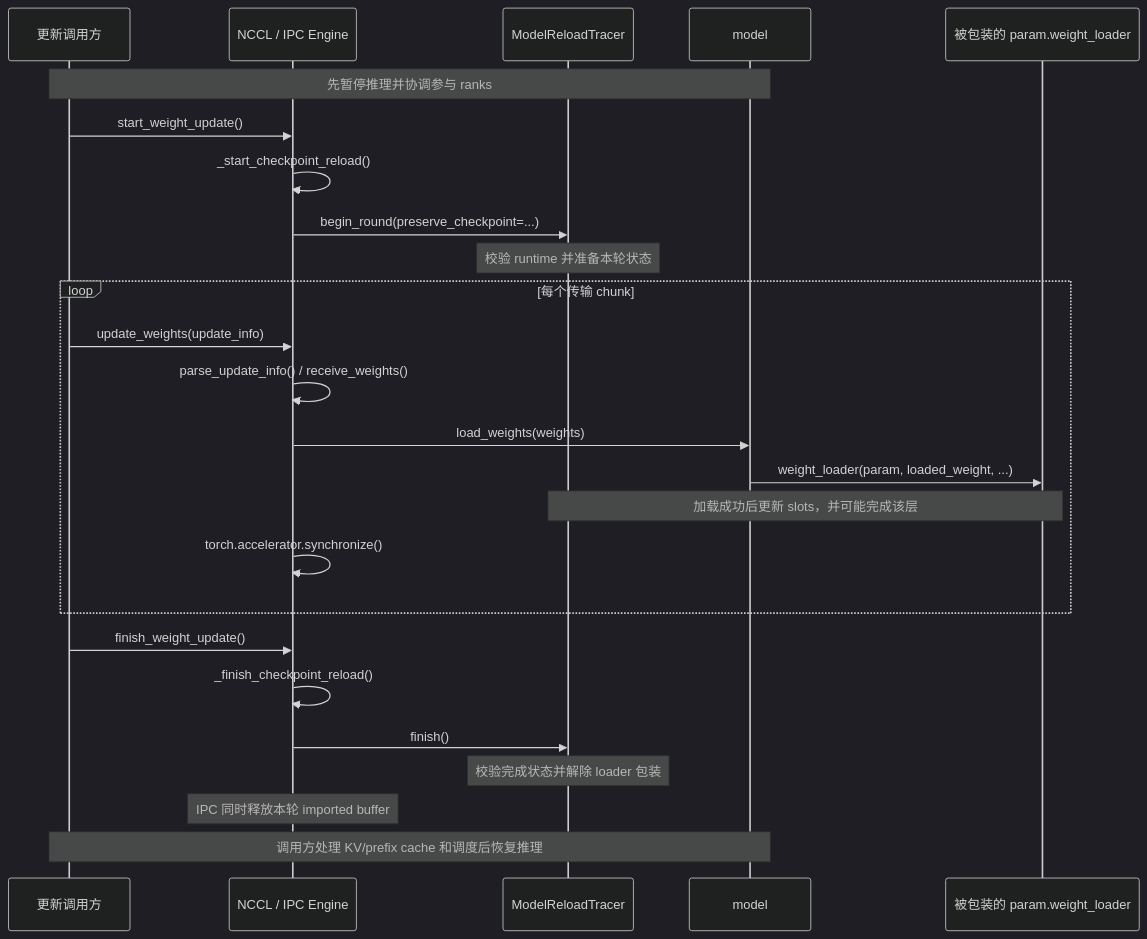
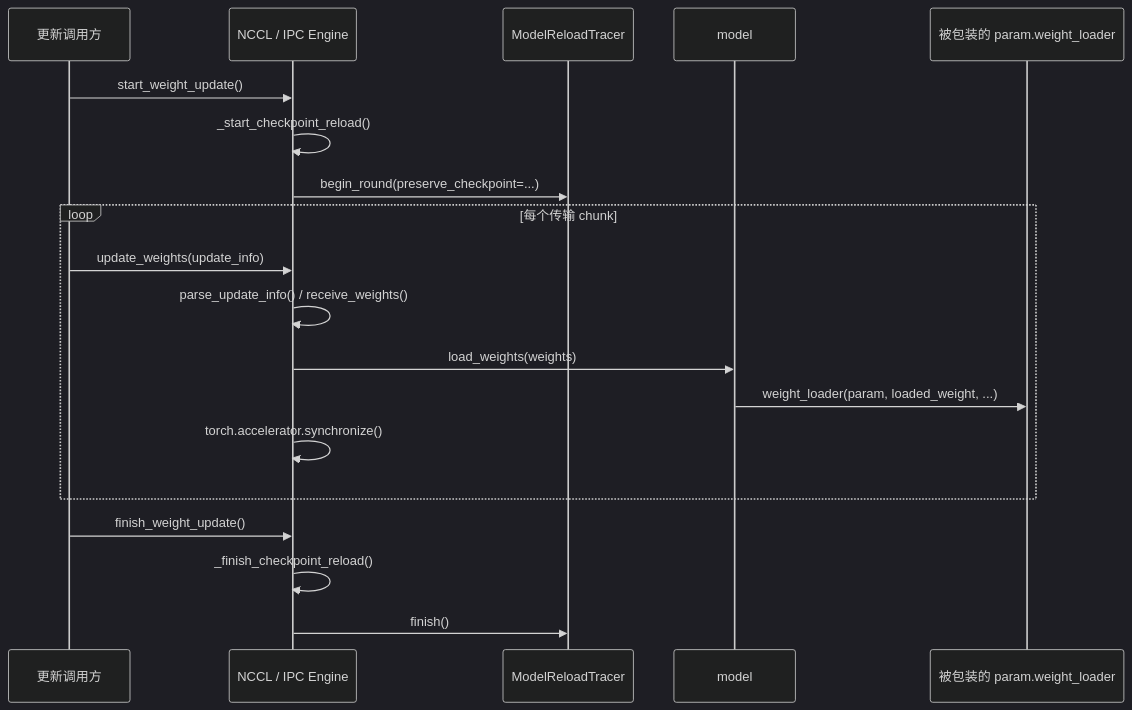
The fourth of 6 diagrams in docs/design/weight-update/reload-flow-walkthrough.md (vllm-project/vllm), drawn with Mermaid (dark theme) before and after one commit. The commit also changed 1 other file, not shown here.

Commit message:
docs: remove fragile Mermaid notes

````diff
--- a/docs/design/weight-update/reload-flow-walkthrough.md
+++ b/docs/design/weight-update/reload-flow-walkthrough.md
@@ -139,28 +139,22 @@
 ```mermaid
 sequenceDiagram
     participant Caller as 更新调用方
     participant Engine as NCCL / IPC Engine
     participant Trace as ModelReloadTracer
     participant Model as model
     participant Loader as 被包装的 param.weight_loader
 
-    Note over Caller,Model: 先暂停推理并协调参与 ranks
     Caller->>Engine: start_weight_update()
     Engine->>Engine: _start_checkpoint_reload()
     Engine->>Trace: begin_round(preserve_checkpoint=...)
-    Note over Trace: 校验 runtime 并准备本轮状态
     loop 每个传输 chunk
         Caller->>Engine: update_weights(update_info)
         Engine->>Engine: parse_update_info() / receive_weights()
         Engine->>Model: load_weights(weights)
         Model->>Loader: weight_loader(param, loaded_weight, ...)
-        Note over Loader,Trace: 加载成功后更新 slots，并可能完成该层
         Engine->>Engine: torch.accelerator.synchronize()
     end
     Caller->>Engine: finish_weight_update()
     Engine->>Engine: _finish_checkpoint_reload()
     Engine->>Trace: finish()
-    Note over Trace: 校验完成状态并解除 loader 包装
-    Note over Engine: IPC 同时释放本轮 imported buffer
-    Note over Caller,Model: 调用方处理 KV/prefix cache 和调度后恢复推理
 ```
````
